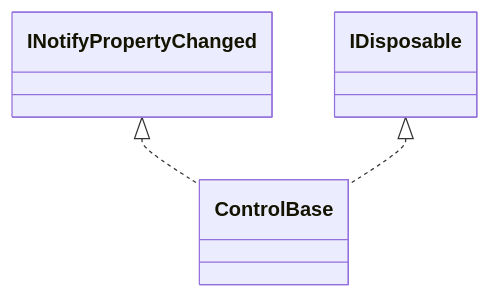
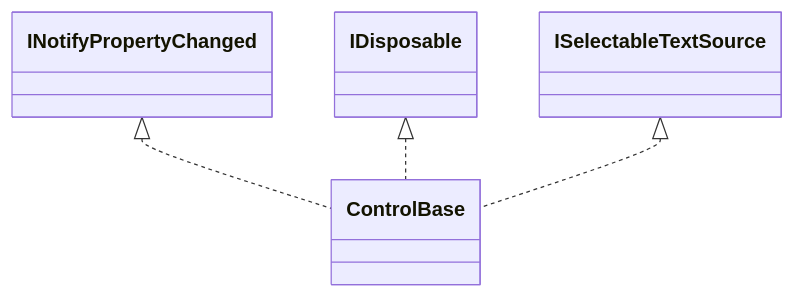
One commit to pavkam/sharp-vision changed the diagram in docs/controls/control.md. Above: the diagram before and after it, drawn with Mermaid. The commit also changed other lines of this file and 45 other files, not shown here.

````diff
--- a/docs/controls/control.md
+++ b/docs/controls/control.md
@@ -20,5 +20,6 @@
 ```mermaid
 classDiagram
     INotifyPropertyChanged <|.. ControlBase
     IDisposable <|.. ControlBase
+    ISelectableTextSource <|.. ControlBase
 ```
````
